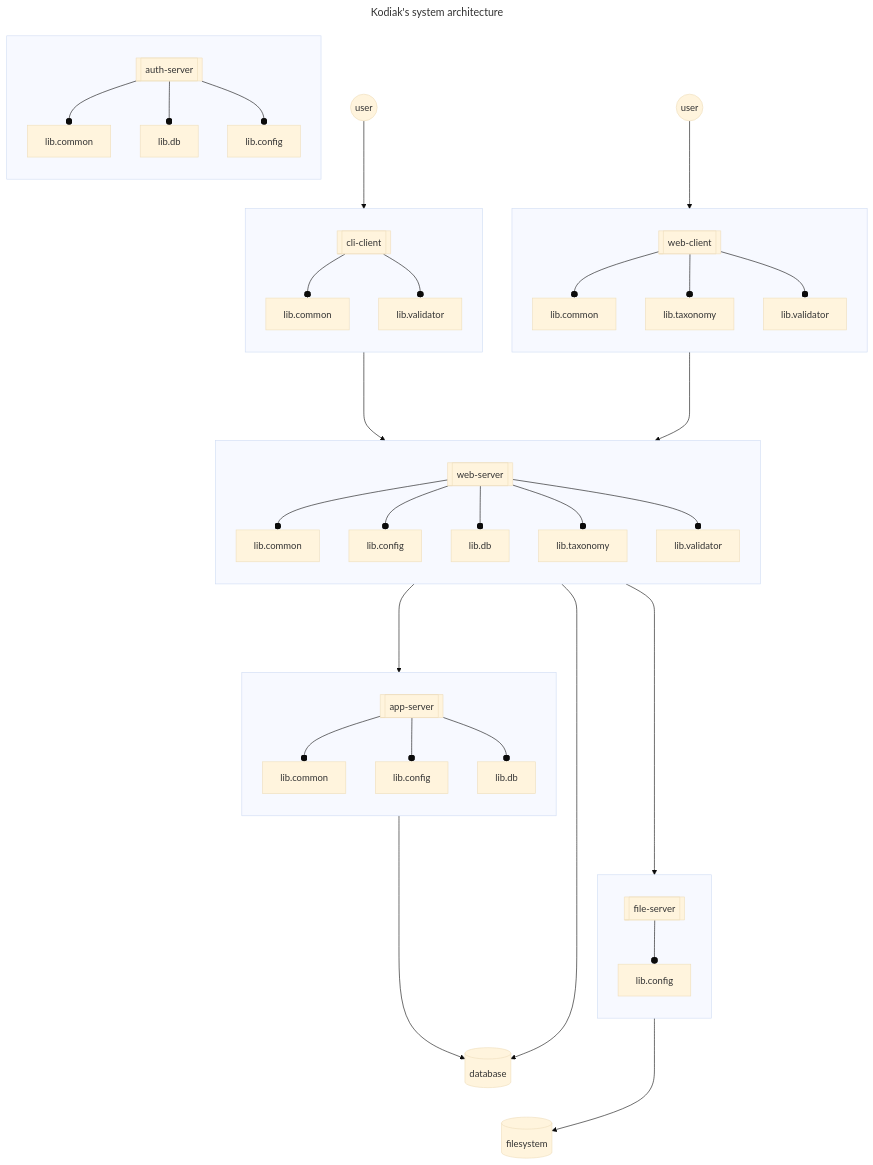
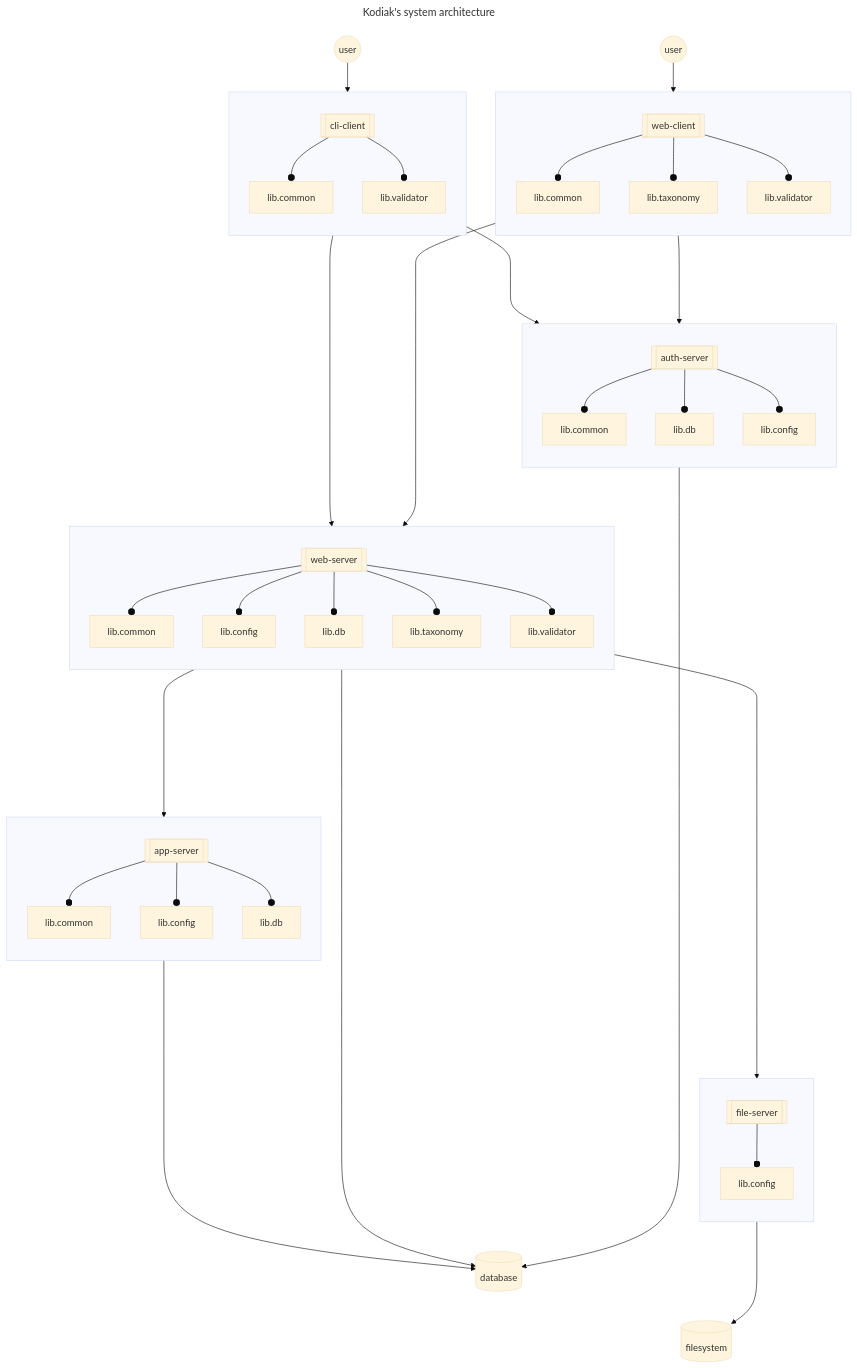
Before and after one commit to polarlabs/kodiak-diagrams: the diagram in SYSTEM-ARCHITECTURE.md, drawn with Mermaid (base theme).

Commit message:
add: connections to and from auth-server.

````diff
--- a/SYSTEM-ARCHITECTURE.md
+++ b/SYSTEM-ARCHITECTURE.md
@@ -5,51 +5,54 @@
 ```mermaid
 ---
 title: Kodiak's system architecture
 ---
 flowchart TB
   subgraph user-web[ ]
     direction TB  
     web-client[[web-client]] --o web-client.lib.common[lib.common]
     web-client               --o web-client.lib.taxonomy[lib.taxonomy]
     web-client               --o web-client.lib.validator[lib.validator]
   end
   subgraph user-cli[ ]
     direction TB
     cli-client[[cli-client]] --o cli-client.lib.common[lib.common]
     cli-client               --o cli-client.lib.validator[lib.validator]
   end
   subgraph auth-server[ ]
     direction TB
     auth-server.api[[auth-server]] --o auth-server.lib.common[lib.common]
     auth-server.api                --o auth-server.lib.db[lib.db]
     auth-server.api                --o auth-server.lib.config[lib.config]
   end
   subgraph file-server[ ]
     direction TB
     file-server.api[[file-server]] --o file-server.lib.config[lib.config]
   end
   subgraph web-server[ ]
     direction TB
     web-server.api[[web-server]] --o web-server.lib.common[lib.common]
     web-server.api               --o web-server.lib.config[lib.config]
     web-server.api               --o web-server.lib.db[lib.db]
     web-server.api               --o web-server.lib.taxonomy[lib.taxonomy]
     web-server.api               --o web-server.lib.validator[lib.validator]
   end
   subgraph app-server[ ]
     direction TB
     app-server.api[[app-server]] --o app-server.lib.common[lib.common]
     app-server.api               --o app-server.lib.config[lib.config]
     app-server.api               --o app-server.lib.db[lib.db]
   end
-  web-user((user)) -->   web-client
-  web-client       ----> web-server.api
-  cli-user((user)) -->   cli-client
-  cli-client       ----> web-server.api
-  web-server.api   ----> app-server.api
-  web-server.api   ----> file-server.api
-  file-server      --->  filesystem[(filesystem)]
-  web-server       -->   database[(database)]
-  app-server       ----> database
+  web-user((user)) -->     web-client
+  web-client       ---->   auth-server.api
+  web-client       ------> web-server.api
+  cli-user((user)) -->     cli-client
+  cli-client       ---->   auth-server.api
+  cli-client       ------> web-server.api
+  web-server.api   ------> app-server.api
+  web-server.api   ------> file-server.api
+  file-server      --->    filesystem[(filesystem)]
+  auth-server      -->     database[(database)]
+  web-server       ---->   database
+  app-server       ------> database
   database         ~~~   filesystem
 ```
````
